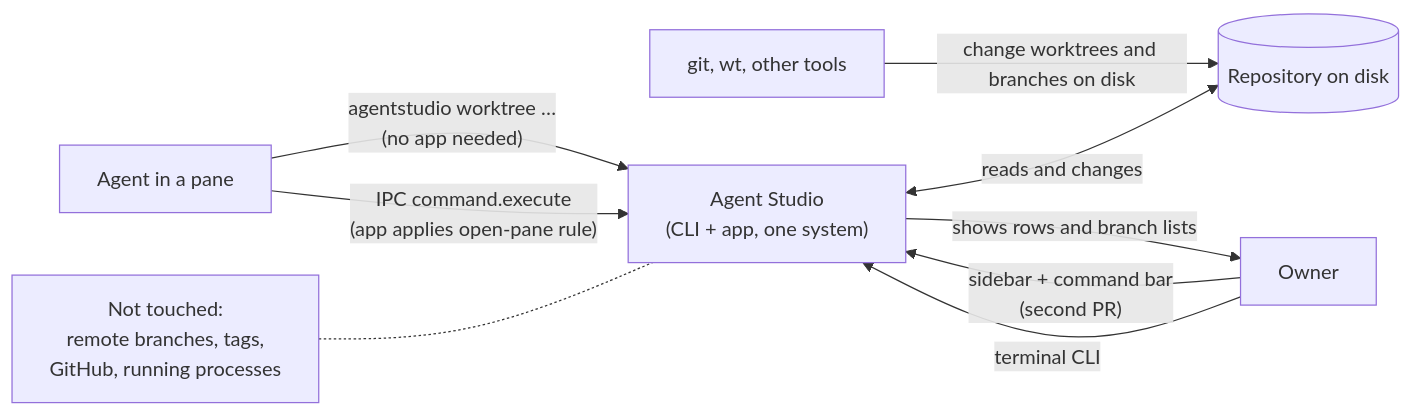
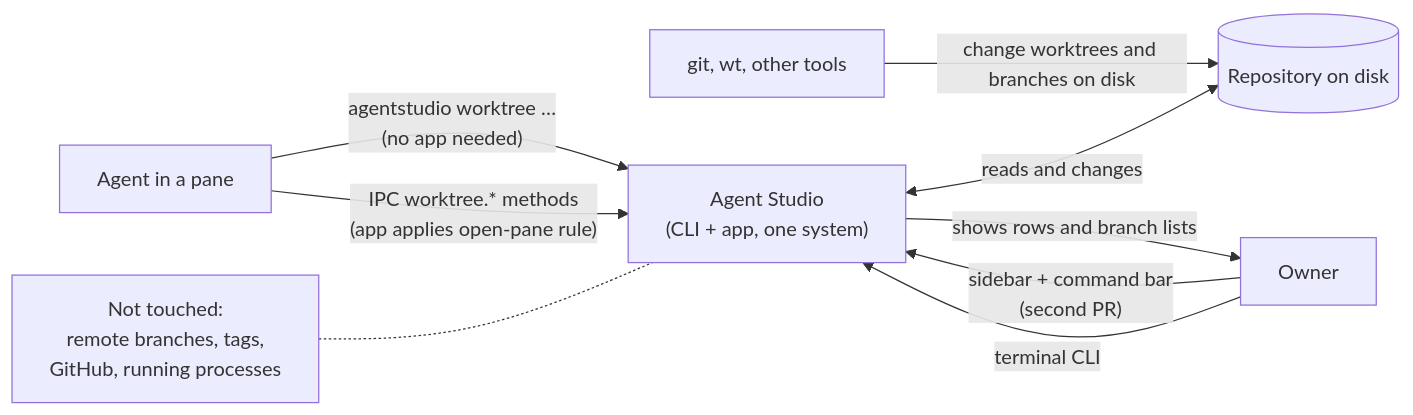
The first of 2 diagrams in docs/specs/2026-09-30-worktree-lifecycle/2026-09-30-worktree-lifecycle-specification.md (getagentstudio/agentstudio), drawn with Mermaid before and after one commit. The commit also changed other lines of this file and 2 other files, not shown here.

Commit message:
Correct the worktree lifecycle design after review round 1

````diff
--- a/docs/specs/2026-09-30-worktree-lifecycle/2026-09-30-worktree-lifecycle-specification.md
+++ b/docs/specs/2026-09-30-worktree-lifecycle/2026-09-30-worktree-lifecycle-specification.md
@@ -7,11 +7,11 @@
 ```mermaid
 flowchart LR
   AG["Agent in a pane"] -->|"agentstudio worktree …<br/>(no app needed)"| SYS
-  AG -->|"IPC command.execute<br/>(app applies open-pane rule)"| SYS
+  AG -->|"IPC worktree.* methods<br/>(app applies open-pane rule)"| SYS
   OW["Owner"] -->|"sidebar + command bar<br/>(second PR)"| SYS
   OW -->|"terminal CLI"| SYS
   EXT["git, wt, other tools"] -->|"change worktrees and branches on disk"| DISK[("Repository on disk")]
   SYS["Agent Studio<br/>(CLI + app, one system)"] <-->|"reads and changes"| DISK
   SYS -->|"shows rows and branch lists"| OW
   NO["Not touched:<br/>remote branches, tags,<br/>GitHub, running processes"] -.- SYS
 ```
````
